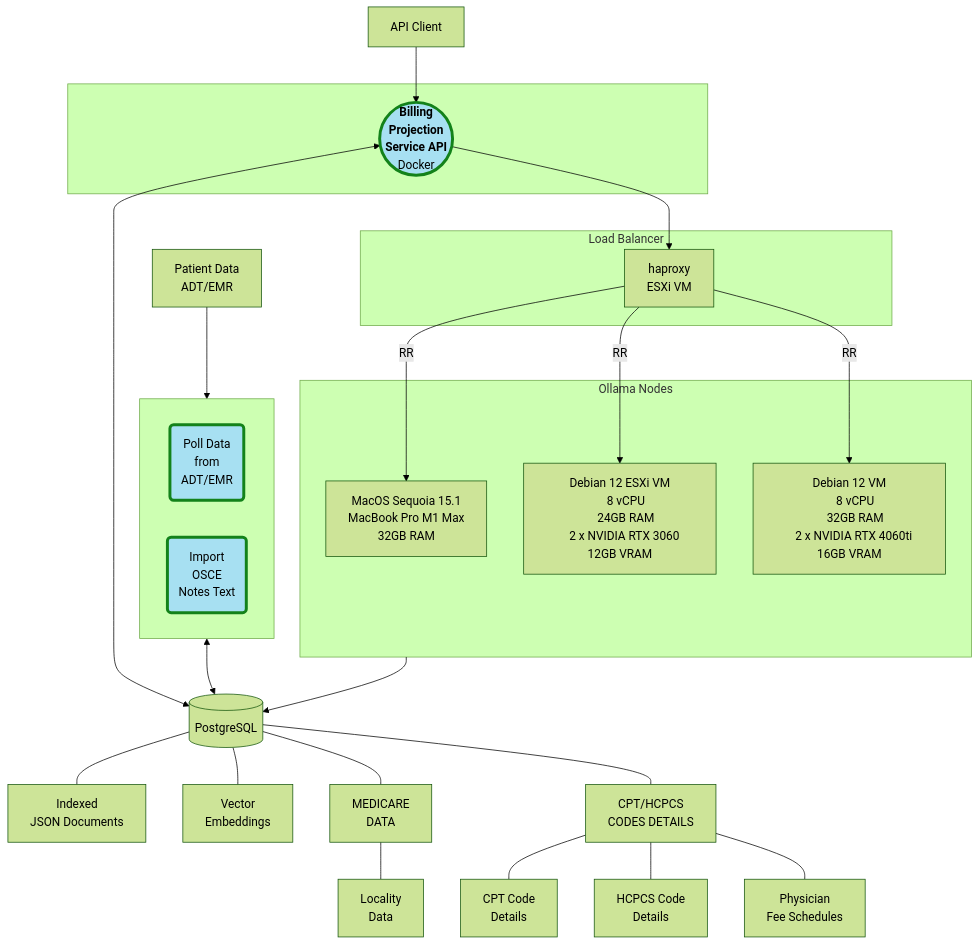
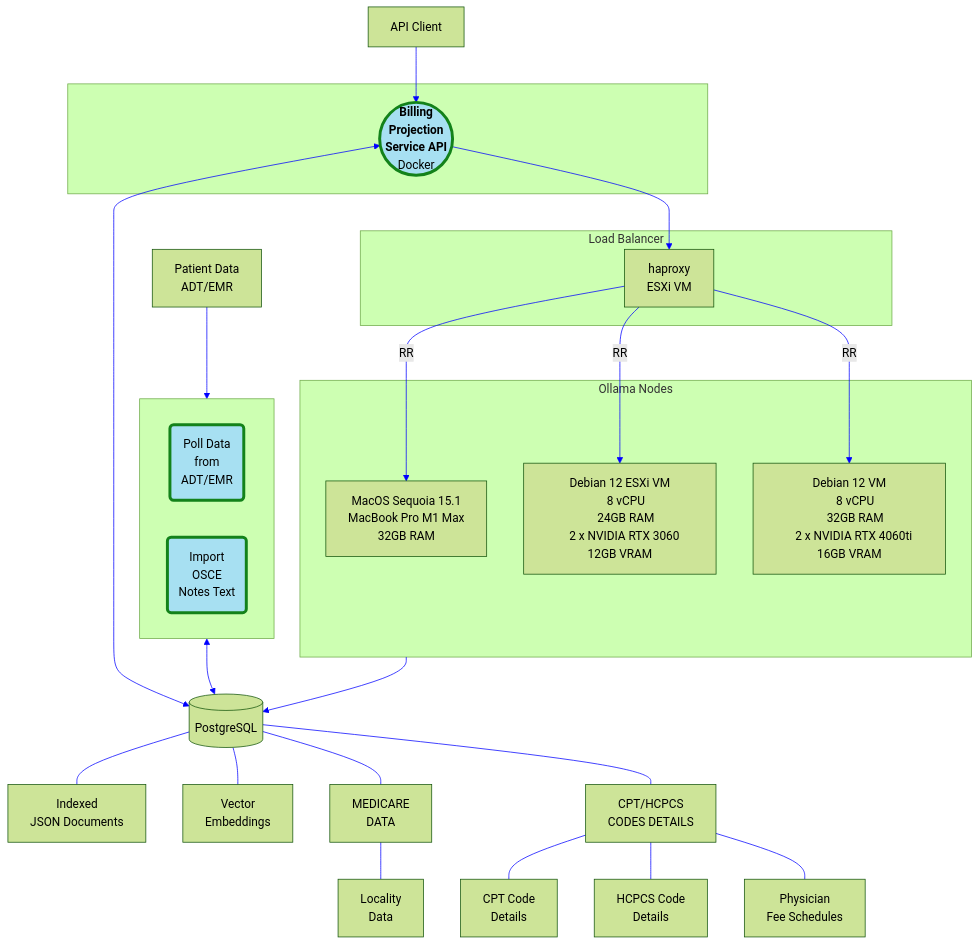
The first of 4 diagrams in README.md (ovaisq/LLM-MedBillingForecast), drawn with Mermaid before and after one commit. The commit also changed other lines of this file, not shown here.

Commit message:
updated line color for the diagram

````diff
--- a/README.md
+++ b/README.md
@@ -4,70 +4,70 @@
 ```mermaid
-%%{init: {'theme': 'forest'}}%%
+%%{init: {'theme': 'forest','themeVariables': {'lineColor': 'Blue'}}}%%
 graph TD;
   style ZZ fill:#a7e0f2,stroke:#13821a,stroke-width:4px
   style DataPoll fill:#a7e0f2,stroke:#13821a,stroke-width:4px
   style Import fill:#a7e0f2,stroke:#13821a,stroke-width:4px
   Client["API Client"]
   PatientData["Patient Data
   ADT/EMR"]
   PSQL[("PostgreSQL")]
   subgraph DP[ ]
   DataPoll("Poll Data
   from
   ADT/EMR")
   Import("Import
   OSCE
   Notes Text")
   end
   subgraph Zollama[ ]
     ZZ(("`**Billing 
     Projection
     Service API**`"
     Docker ))
   end
   subgraph Load_Balancer["Load Balancer"]
     Nginx["haproxy
     ESXi VM"]
   end
   
   subgraph Nodes["Ollama Nodes"]
     Node1[MacOS Sequoia 15.1
     MacBook Pro M1 Max
     32GB RAM]
     Node2[Debian 12 ESXi VM
     8 vCPU
     24GB RAM
     2 x NVIDIA RTX 3060 12GB VRAM]
     Node3[Debian 12 VM
     8 vCPU
     32GB RAM
     2 x NVIDIA RTX 4060ti 16GB VRAM]
   end
   
   Nginx -- RR --> Node1
   Nginx -- RR --> Node2
   Nginx -- RR --> Node3
   ZZ --> Nginx
   PatientData --> DP <--> PSQL
   Client --> ZZ
   Nodes --> PSQL
   ZZ <--> PSQL
   PSQL --- JSONB["
   Indexed
   JSON Documents"]
   PSQL --- VECTOR["Vector 
   Embeddings"]
   PSQL --- M["MEDICARE
   DATA"]
   PSQL --- C["CPT/HCPCS
   CODES DETAILS"]
   M --- N["Locality
   Data"]
   C --- CPT["CPT Code
   Details"]
   C --- HCPCS["HCPCS Code
   Details"]
   C --- P["Physician
   Fee Schedules"]
 
 ```
````
